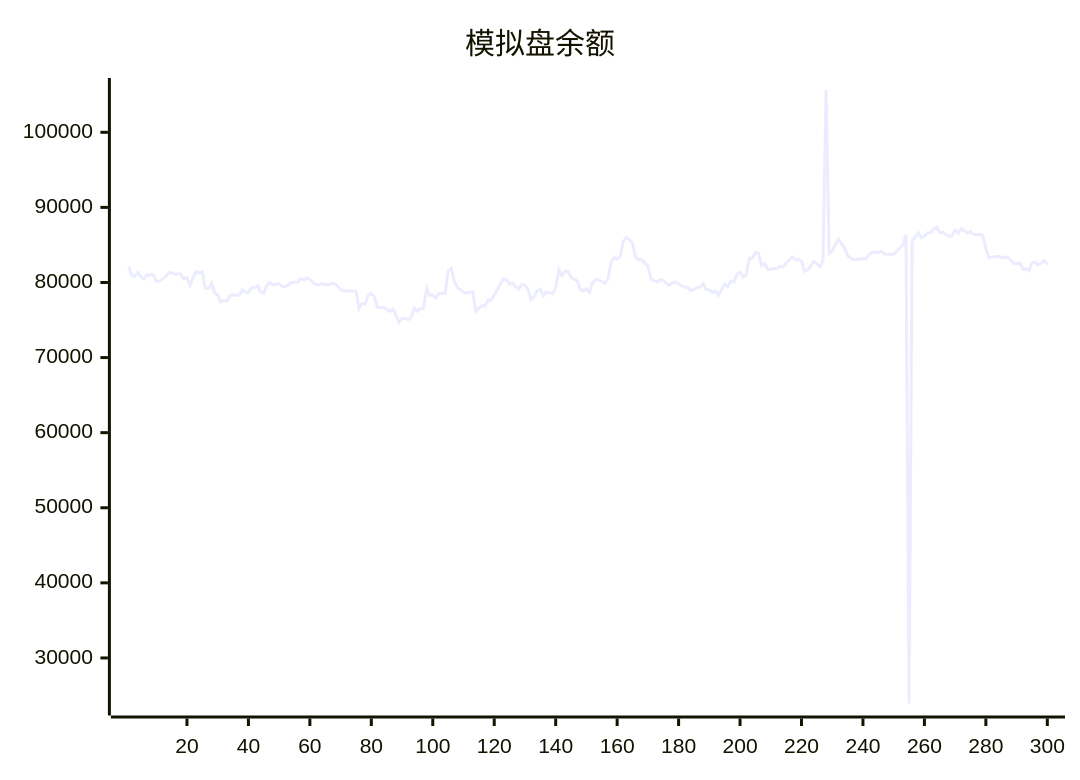
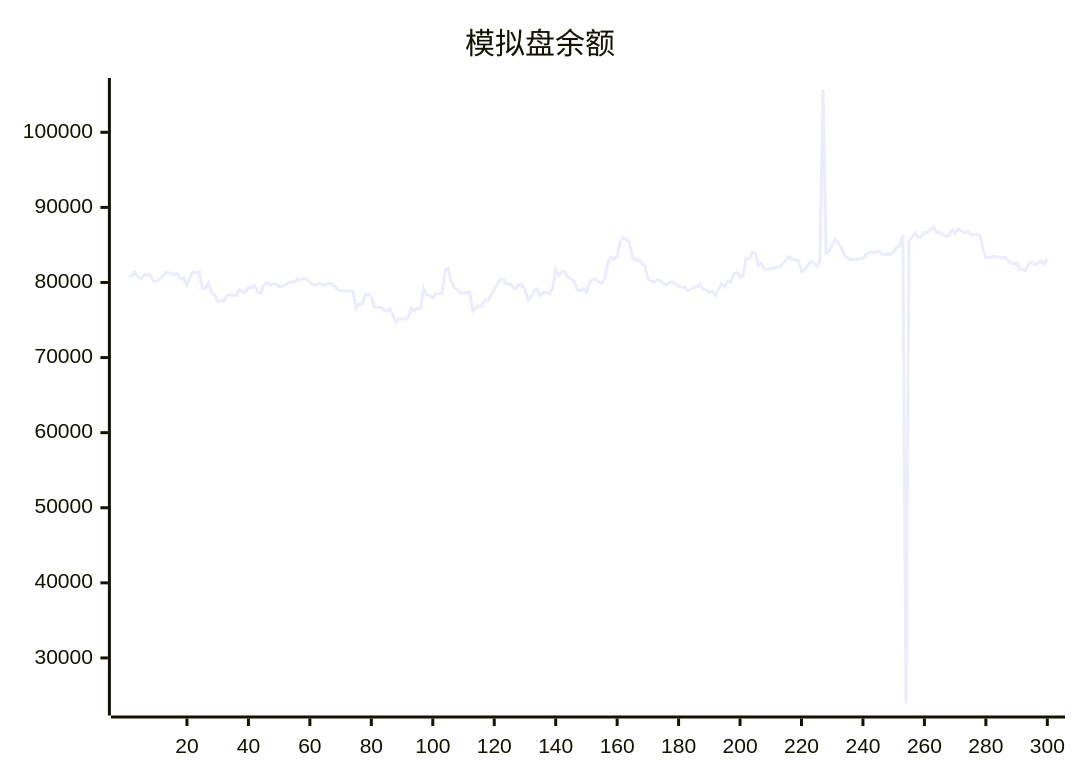
One commit to aahl/ai-trading changed the diagram in README.md. Above: the diagram before and after it, drawn with Mermaid. The commit also changed other lines of this file and 1 other file, not shown here.

````diff
--- a/README.md
+++ b/README.md
@@ -5,5 +5,5 @@
 ```mermaid
 xychart
     title "模拟盘余额"
-    line [82163,80934,80770,81371,80742,80468,80989,80989,81067,80191,80155,80450,80737,81309,81309,81106,81119,81119,80471,80631,79624,80670,81448,81290,81429,79212,79222,79940,78643,78380,77432,77623,77504,78235,78358,78284,78277,79048,78714,78714,79290,79308,79567,78763,78563,79603,79988,79652,79813,79813,79476,79469,79673,79995,80015,80015,80486,80314,80600,80436,79966,79689,79689,79819,79692,79692,79850,79850,79518,79071,78889,78850,78850,78878,78878,76554,77202,77103,78357,78510,78106,76678,76677,76672,76411,76159,76485,75656,74695,75197,75246,75052,75334,76564,76179,76553,76551,79196,78300,78300,77944,78531,78531,78521,81564,81884,80160,79335,79055,78675,78580,78708,78764,76179,76586,76902,76876,77658,77669,78346,79023,79769,80497,80366,79761,79896,79448,79126,79749,79658,79097,77695,78114,78888,79126,78249,78738,78653,78478,79271,81680,80923,81488,81527,80681,80455,80190,79084,78879,79193,78686,79954,80403,80374,80118,79848,80491,82665,83351,83098,83525,85430,85983,85737,85221,83378,83014,83043,82613,82216,80477,80208,80081,80348,80277,79894,79670,79965,80093,79786,79542,79406,79371,78893,79087,79304,79406,79841,79072,78978,78696,78846,78272,79085,79787,79442,80198,80031,81120,81379,80718,80985,83214,83212,83993,83921,82270,82547,81776,81776,81866,81866,82158,82061,82596,83000,83408,83041,83050,82858,81503,81691,82188,82812,82517,82092,82901,105633,83898,84180,85030,85781,85178,84604,83569,83298,83008,83093,83107,83175,83228,83729,84025,84017,84019,84177,83775,83762,83785,83738,84160,84639,84939,86370,23934,85548,86046,86599,85942,86161,86622,86664,87115,87369,86666,86685,86384,86152,86243,86969,86548,87164,86885,86566,86809,86427,86348,86417,86273,84538,83299,83369,83430,83490,83404,83270,83362,83056,82605,82459,82614,81734,81788,81551,82598,82702,82320,82580,82878,82426]
+    line [80934,80770,81371,80742,80468,80989,80989,81067,80191,80155,80450,80737,81309,81309,81106,81119,81119,80471,80631,79624,80670,81448,81290,81429,79212,79222,79940,78643,78380,77432,77623,77504,78235,78358,78284,78277,79048,78714,78714,79290,79308,79567,78763,78563,79603,79988,79652,79813,79813,79476,79469,79673,79995,80015,80015,80486,80314,80600,80436,79966,79689,79689,79819,79692,79692,79850,79850,79518,79071,78889,78850,78850,78878,78878,76554,77202,77103,78357,78510,78106,76678,76677,76672,76411,76159,76485,75656,74695,75197,75246,75052,75334,76564,76179,76553,76551,79196,78300,78300,77944,78531,78531,78521,81564,81884,80160,79335,79055,78675,78580,78708,78764,76179,76586,76902,76876,77658,77669,78346,79023,79769,80497,80366,79761,79896,79448,79126,79749,79658,79097,77695,78114,78888,79126,78249,78738,78653,78478,79271,81680,80923,81488,81527,80681,80455,80190,79084,78879,79193,78686,79954,80403,80374,80118,79848,80491,82665,83351,83098,83525,85430,85983,85737,85221,83378,83014,83043,82613,82216,80477,80208,80081,80348,80277,79894,79670,79965,80093,79786,79542,79406,79371,78893,79087,79304,79406,79841,79072,78978,78696,78846,78272,79085,79787,79442,80198,80031,81120,81379,80718,80985,83214,83212,83993,83921,82270,82547,81776,81776,81866,81866,82158,82061,82596,83000,83408,83041,83050,82858,81503,81691,82188,82812,82517,82092,82901,105633,83898,84180,85030,85781,85178,84604,83569,83298,83008,83093,83107,83175,83228,83729,84025,84017,84019,84177,83775,83762,83785,83738,84160,84639,84939,86370,23934,85548,86046,86599,85942,86161,86622,86664,87115,87369,86666,86685,86384,86152,86243,86969,86548,87164,86885,86566,86809,86427,86348,86417,86273,84538,83299,83369,83430,83490,83404,83270,83362,83056,82605,82459,82614,81734,81788,81551,82598,82702,82320,82580,82878,82426,83139]
 ```
````
